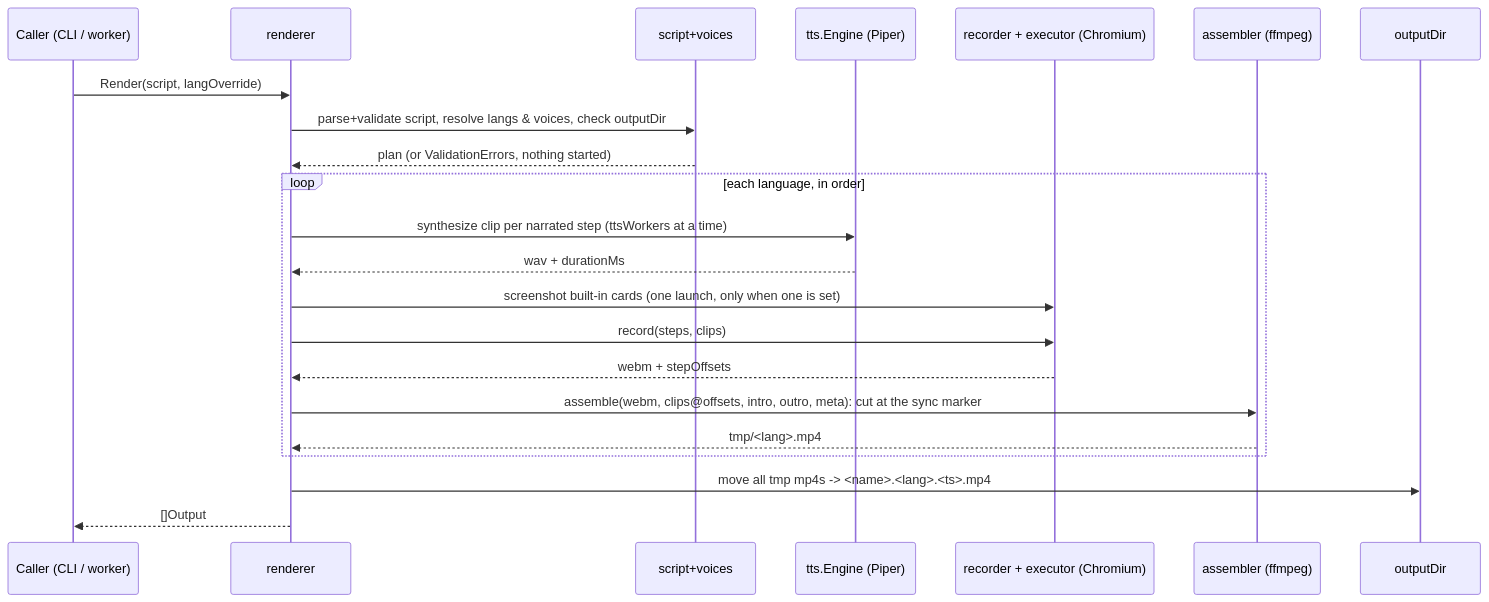
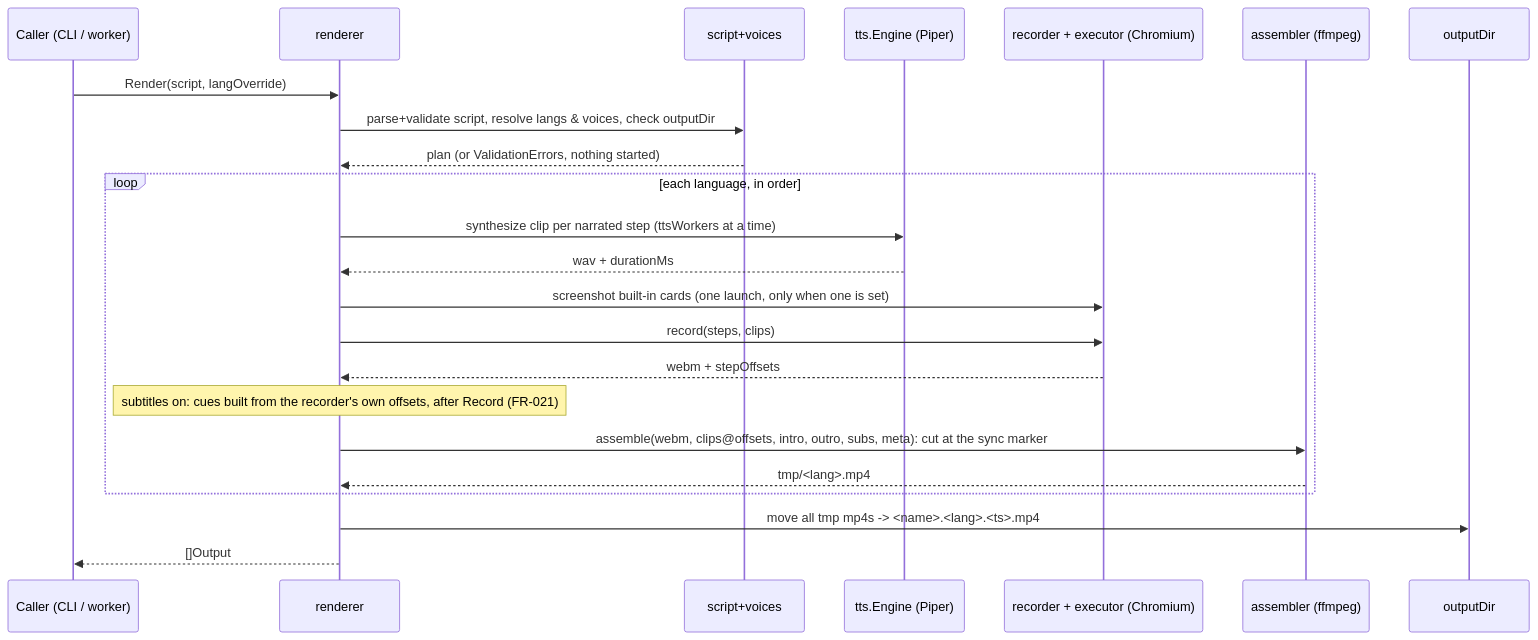
One commit to makuchpatryk/screencaster changed the second of 3 diagrams in docs/ARCHITECTURE.md. Above: the diagram before and after it, drawn with Mermaid. The commit also changed other lines of this file and 35 other files, not shown here.

````diff
--- a/docs/ARCHITECTURE.md
+++ b/docs/ARCHITECTURE.md
@@ -105,25 +106,26 @@
 ```mermaid
 sequenceDiagram
     participant C as Caller (CLI / worker)
     participant R as renderer
     participant V as script+voices
     participant T as tts.Engine (Piper)
     participant B as recorder + executor (Chromium)
     participant A as assembler (ffmpeg)
     participant FS as outputDir
 
     C->>R: Render(script, langOverride)
     R->>V: parse+validate script, resolve langs & voices, check outputDir
     V-->>R: plan (or ValidationErrors, nothing started)
     loop each language, in order
         R->>T: synthesize clip per narrated step (ttsWorkers at a time)
         T-->>R: wav + durationMs
         R->>B: screenshot built-in cards (one launch, only when one is set)
         R->>B: record(steps, clips)
         B-->>R: webm + stepOffsets
-        R->>A: assemble(webm, clips@offsets, intro, outro, meta): cut at the sync marker
+        Note over R: subtitles on: cues built from the recorder's own offsets, after Record (FR-021)
+        R->>A: assemble(webm, clips@offsets, intro, outro, subs, meta): cut at the sync marker
         A-->>R: tmp/<lang>.mp4
     end
     R->>FS: move all tmp mp4s -> <name>.<lang>.<ts>.mp4
     R-->>C: []Output
 ```
````
